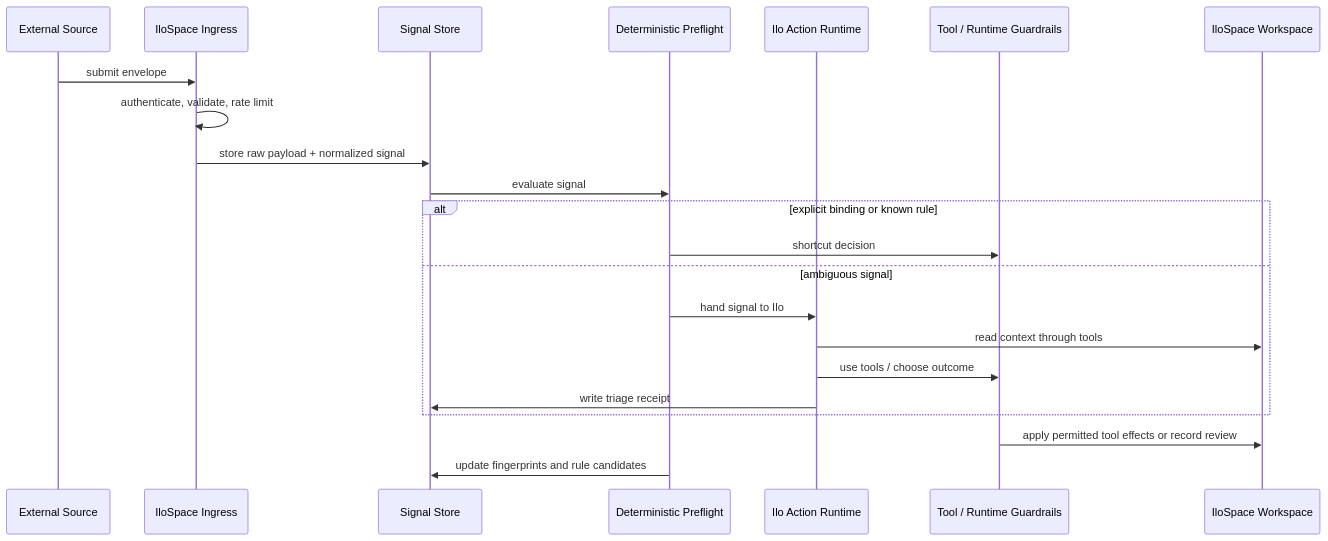
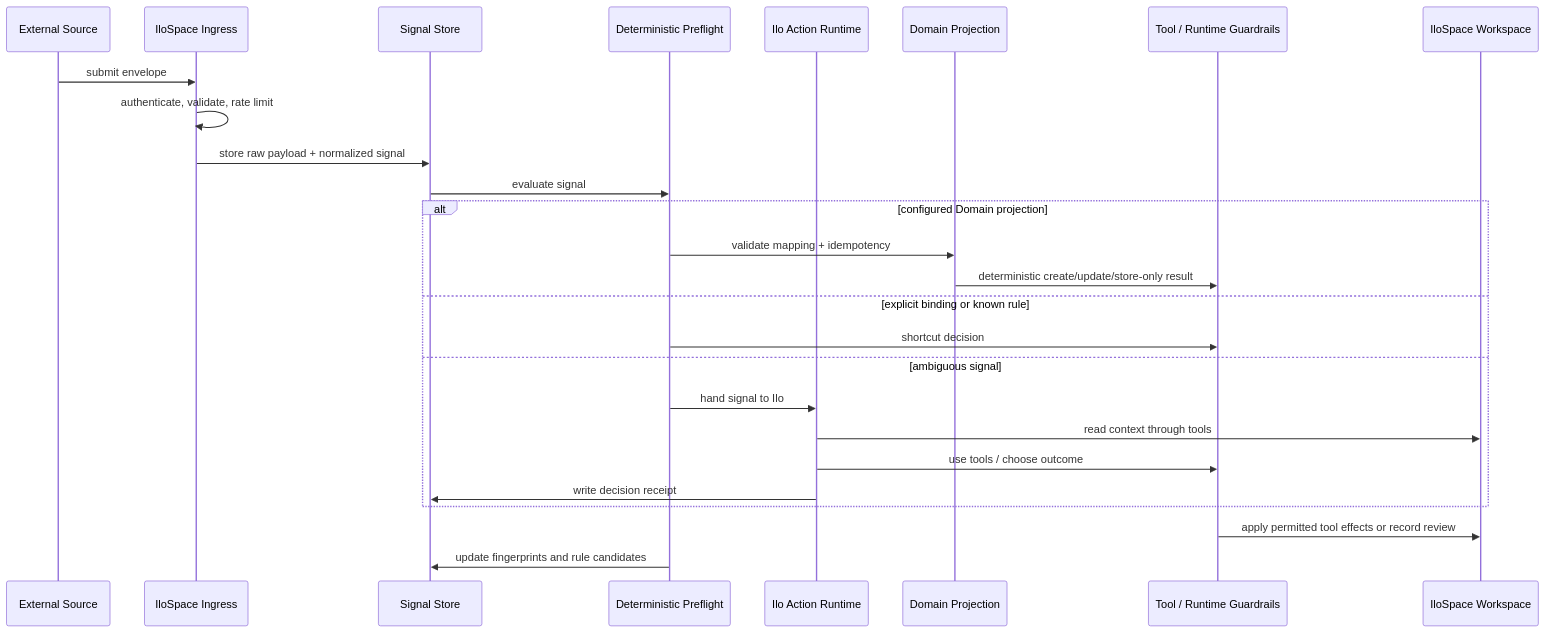
Before and after one commit to Illospace/illospace: the third of 7 diagrams in docs/prd-inbound-coordination-layer.md, drawn with Mermaid. The commit also changed other lines of this file, not shown here.

````diff
--- a/docs/prd-inbound-coordination-layer.md
+++ b/docs/prd-inbound-coordination-layer.md
@@ -290,27 +382,31 @@
 ```mermaid
 sequenceDiagram
     participant Source as External Source
     participant Ingress as IloSpace Ingress
     participant Store as Signal Store
     participant Policy as Deterministic Preflight
     participant Ilo as Ilo Action Runtime
+    participant Projection as Domain Projection
     participant Guard as Tool / Runtime Guardrails
     participant Workspace as IloSpace Workspace
 
     Source->>Ingress: submit envelope
     Ingress->>Ingress: authenticate, validate, rate limit
     Ingress->>Store: store raw payload + normalized signal
     Store->>Policy: evaluate signal
 
-    alt explicit binding or known rule
+    alt configured Domain projection
+        Policy->>Projection: validate mapping + idempotency
+        Projection->>Guard: deterministic create/update/store-only result
+    else explicit binding or known rule
         Policy->>Guard: shortcut decision
     else ambiguous signal
         Policy->>Ilo: hand signal to Ilo
         Ilo->>Workspace: read context through tools
         Ilo->>Guard: use tools / choose outcome
-        Ilo->>Store: write triage receipt
+        Ilo->>Store: write decision receipt
     end
 
     Guard->>Workspace: apply permitted tool effects or record review
     Policy->>Store: update fingerprints and rule candidates
 ```
````
